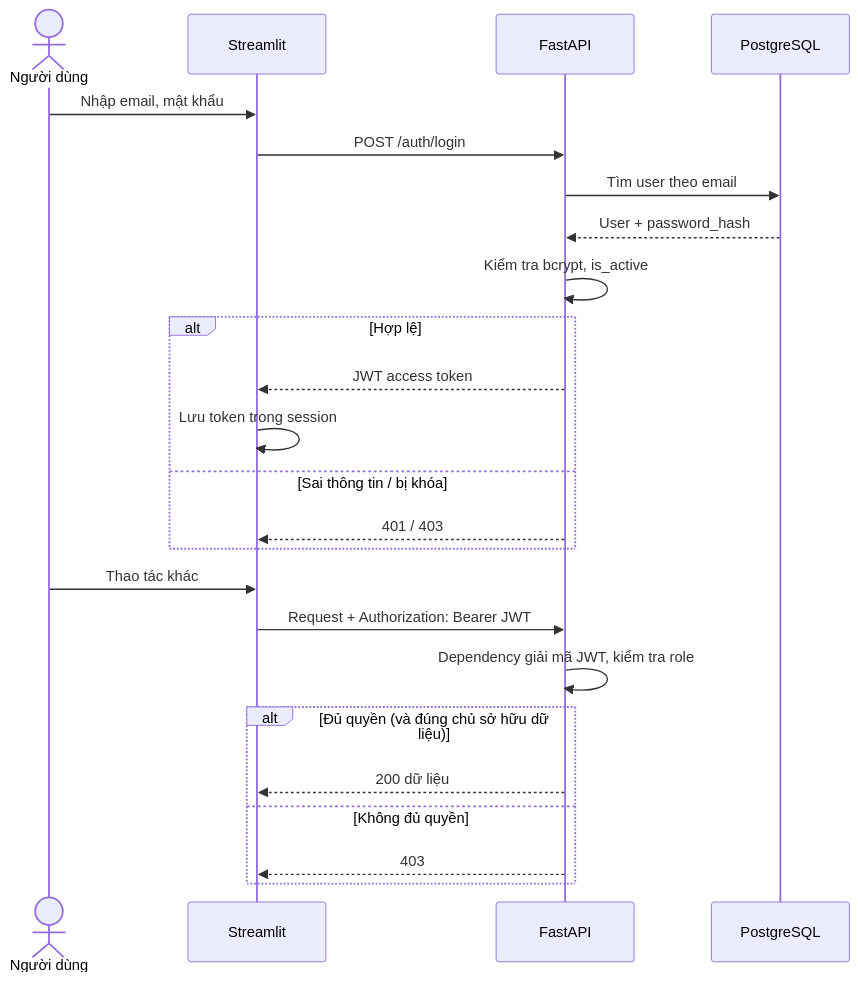
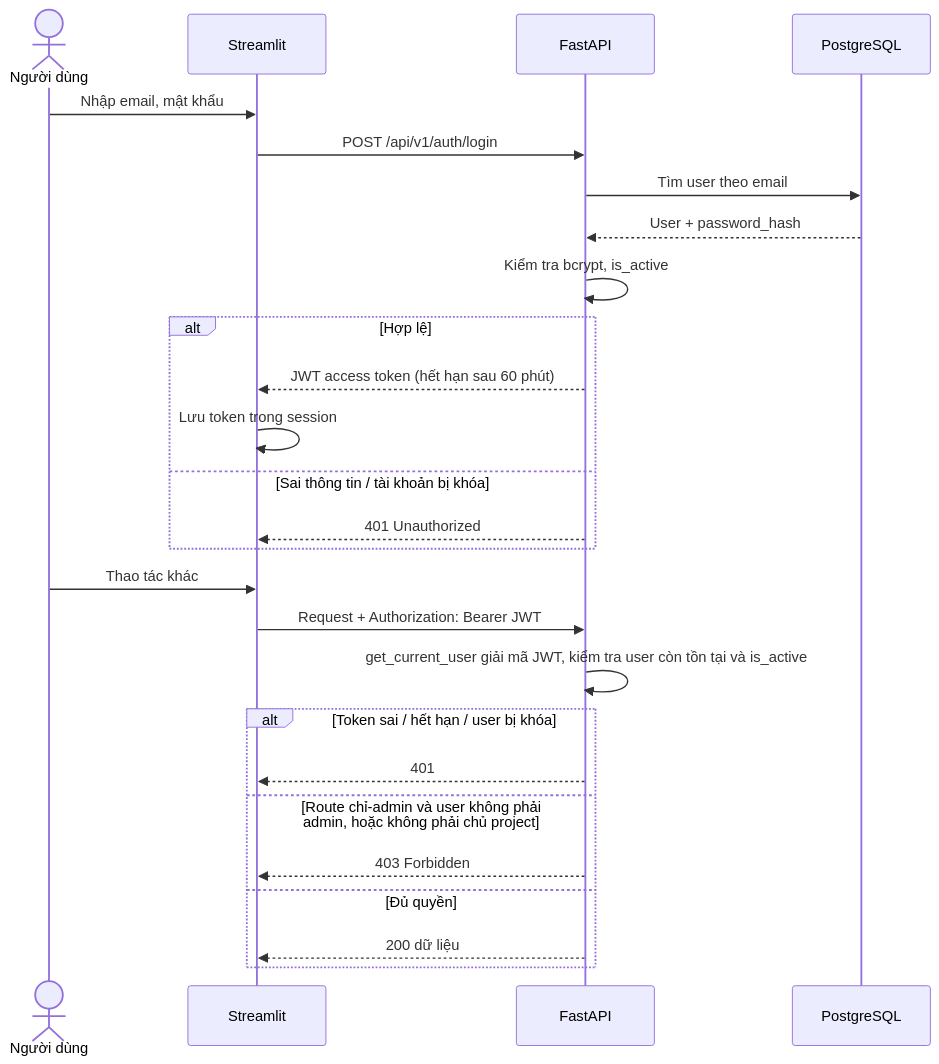
One commit to 2431540234-arch/clean-data changed the fourth of 15 diagrams in data-cleaning-platform/docs/flow-diagram.md. Above: the diagram before and after it, drawn with Mermaid. The commit also changed other lines of this file and 6 other files, not shown here.

````diff
--- a/data-cleaning-platform/docs/flow-diagram.md
+++ b/data-cleaning-platform/docs/flow-diagram.md
@@ -119,27 +149,29 @@
 ```mermaid
 sequenceDiagram
     actor U as Người dùng
     participant FE as Streamlit
     participant BE as FastAPI
     participant DB as PostgreSQL
 
     U->>FE: Nhập email, mật khẩu
-    FE->>BE: POST /auth/login
+    FE->>BE: POST /api/v1/auth/login
     BE->>DB: Tìm user theo email
     DB-->>BE: User + password_hash
     BE->>BE: Kiểm tra bcrypt, is_active
     alt Hợp lệ
-        BE-->>FE: JWT access token
+        BE-->>FE: JWT access token (hết hạn sau 60 phút)
         FE->>FE: Lưu token trong session
-    else Sai thông tin / bị khóa
-        BE-->>FE: 401 / 403
+    else Sai thông tin / tài khoản bị khóa
+        BE-->>FE: 401 Unauthorized
     end
     U->>FE: Thao tác khác
     FE->>BE: Request + Authorization: Bearer JWT
-    BE->>BE: Dependency giải mã JWT, kiểm tra role
-    alt Đủ quyền (và đúng chủ sở hữu dữ liệu)
+    BE->>BE: get_current_user giải mã JWT, kiểm tra user còn tồn tại và is_active
+    alt Token sai / hết hạn / user bị khóa
+        BE-->>FE: 401
+    else Route chỉ-admin và user không phải admin, hoặc không phải chủ project
+        BE-->>FE: 403 Forbidden
+    else Đủ quyền
         BE-->>FE: 200 dữ liệu
-    else Không đủ quyền
-        BE-->>FE: 403
     end
 ```
````
